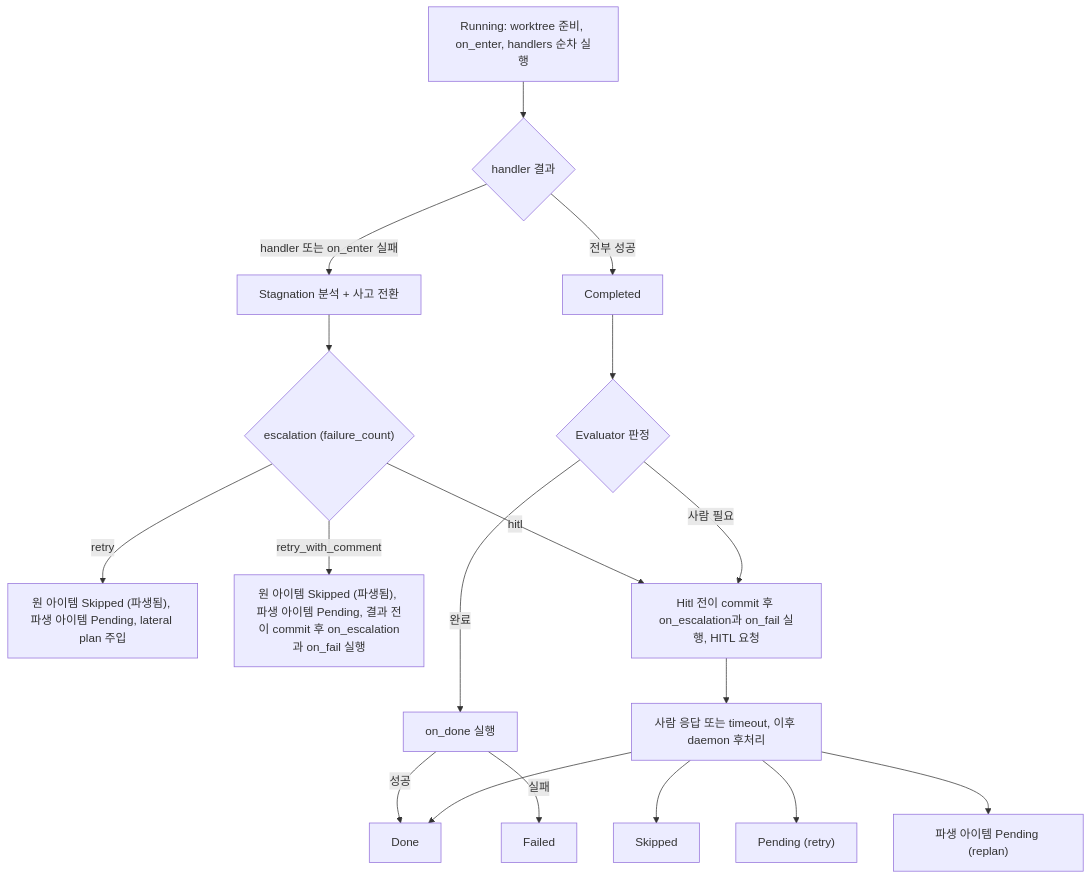
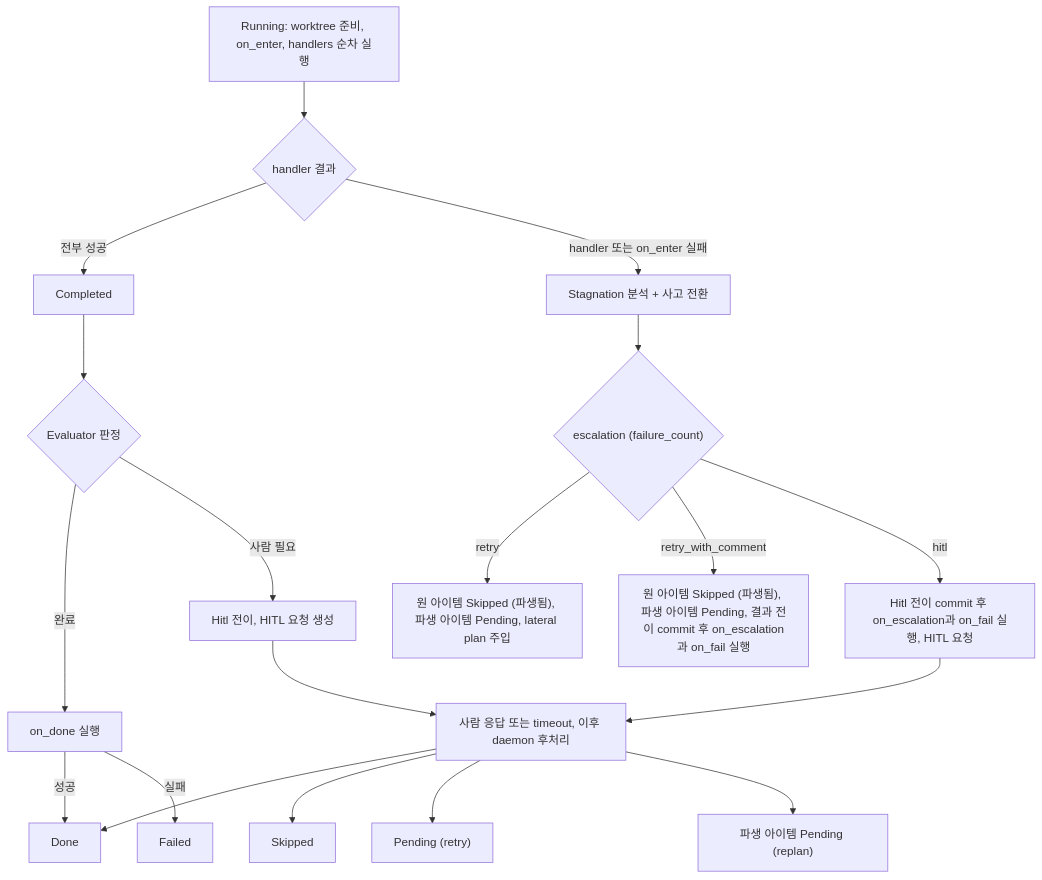
One commit to kys0213/belt changed the third of 5 diagrams in spec/DESIGN.md. Above: the diagram before and after it, drawn with Mermaid. The commit also changed 1 other file, not shown here.

Commit message:
docs(spec): separate evaluate hitl edge from escalation hooks and count evaluator retry toward failure cap
Claude-Session: https://claude.ai/code/session_01VkyhHGxbufiuix3crhot7c

````diff
--- a/spec/DESIGN.md
+++ b/spec/DESIGN.md
@@ -189,20 +189,21 @@
 ```mermaid
 flowchart TD
     R["Running: worktree 준비, on_enter, handlers 순차 실행"] --> S{"handler 결과"}
     S -- "전부 성공" --> C["Completed"]
     S -- "handler 또는 on_enter 실패" --> A["Stagnation 분석 + 사고 전환"]
     A --> F{"escalation (failure_count)"}
     F -- "retry" --> RT["원 아이템 Skipped (파생됨), 파생 아이템 Pending, lateral plan 주입"]
     F -- "retry_with_comment" --> RC["원 아이템 Skipped (파생됨), 파생 아이템 Pending, 결과 전이 commit 후 on_escalation과 on_fail 실행"]
     F -- "hitl" --> H["Hitl 전이 commit 후 on_escalation과 on_fail 실행, HITL 요청"]
     C --> E{"Evaluator 판정"}
     E -- "완료" --> OD["on_done 실행"]
-    E -- "사람 필요" --> H
+    E -- "사람 필요" --> EH["Hitl 전이, HITL 요청 생성"]
     OD -- "성공" --> D["Done"]
     OD -- "실패" --> FL["Failed"]
     H --> HR["사람 응답 또는 timeout, 이후 daemon 후처리"]
+    EH --> HR
     HR --> D
     HR --> SK["Skipped"]
     HR --> PE["Pending (retry)"]
     HR --> PD["파생 아이템 Pending (replan)"]
 ```
````
